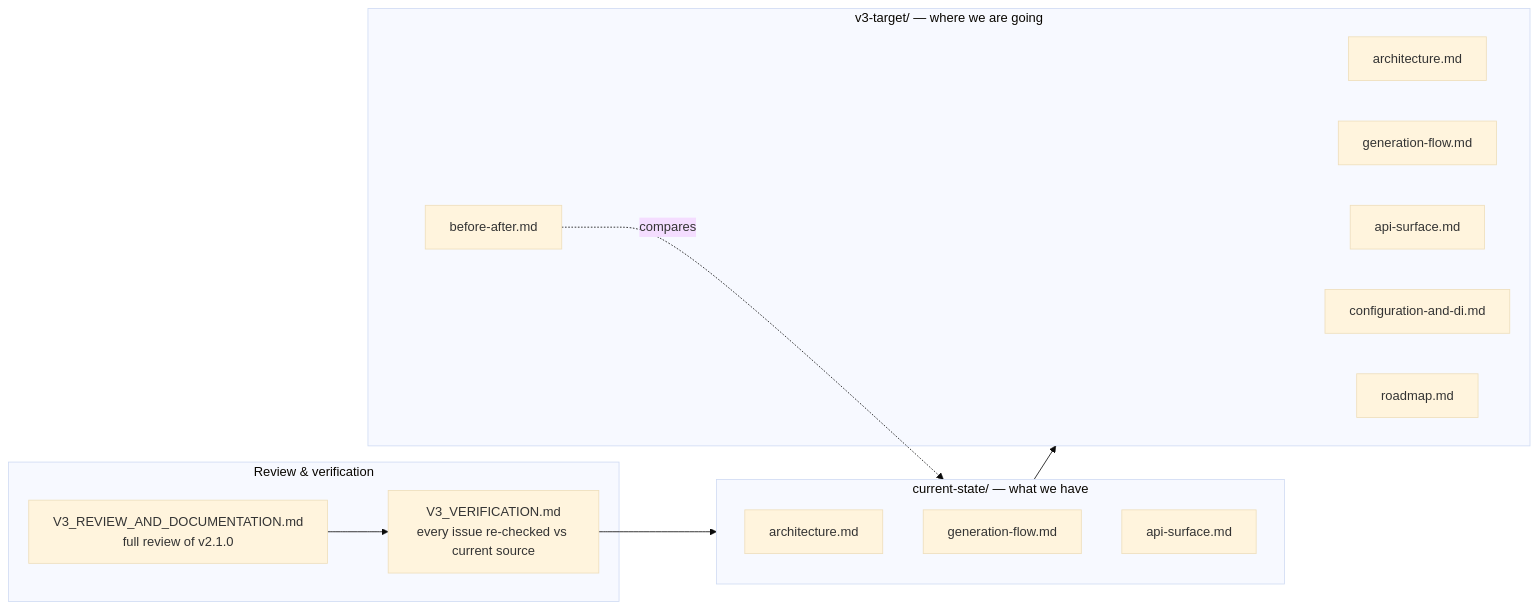
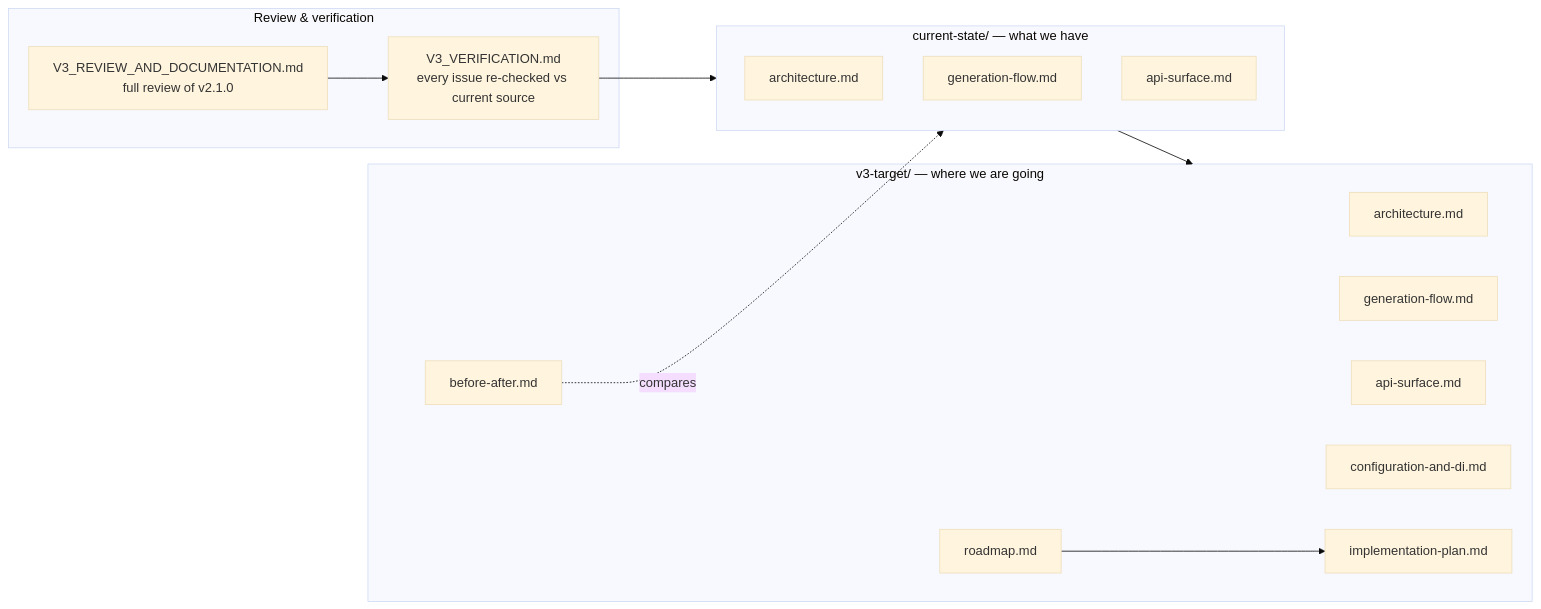
One commit to prjseal/PasswordGenerator changed the diagram in docs/README.md. Above: the diagram before and after it, drawn with Mermaid (base theme). The commit also changed other lines of this file and 1 other file, not shown here.

First line of the commit message:
Add phased v3 implementation plan

````diff
--- a/docs/README.md
+++ b/docs/README.md
@@ -9,23 +9,25 @@
 ```mermaid
 flowchart LR
     subgraph Review["Review & verification"]
         A[V3_REVIEW_AND_DOCUMENTATION.md<br/>full review of v2.1.0]
         B[V3_VERIFICATION.md<br/>every issue re-checked vs current source]
     end
     subgraph Current["current-state/ — what we have"]
         C1[architecture.md]
         C2[generation-flow.md]
         C3[api-surface.md]
     end
     subgraph Target["v3-target/ — where we are going"]
         T1[architecture.md]
         T2[generation-flow.md]
         T3[api-surface.md]
         T4[configuration-and-di.md]
         T5[before-after.md]
         T6[roadmap.md]
+        T7[implementation-plan.md]
     end
     A --> B --> Current
     Current --> Target
     T5 -. compares .-> Current
+    T6 --> T7
 ```
````
